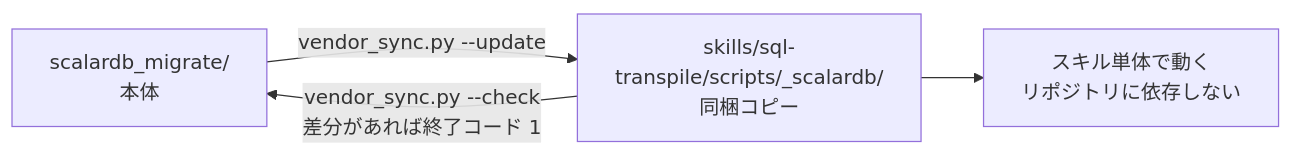
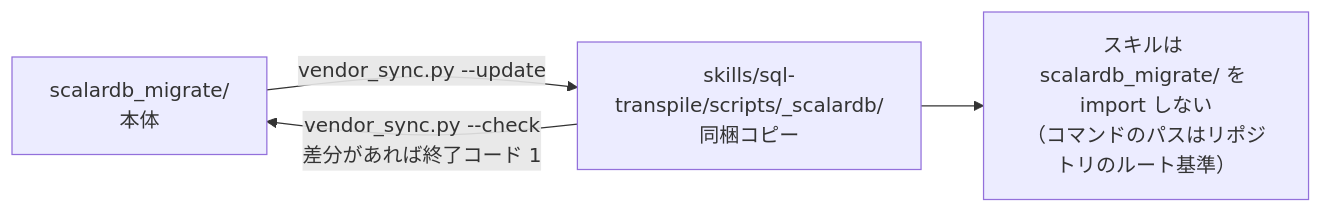
Diagram 17 of 22 in docs/architecture.md (wfukatsu/sql-migration), drawn with Mermaid before and after one commit. The commit also changed 25 other files, not shown here.

````diff
--- a/docs/architecture.md
+++ b/docs/architecture.md
@@ -596,6 +596,6 @@
 ```mermaid
 flowchart LR
     M["scalardb_migrate/<br/>本体"] -- "vendor_sync.py --update" --> C["skills/sql-transpile/scripts/_scalardb/<br/>同梱コピー"]
     C -- "vendor_sync.py --check<br/>差分があれば終了コード 1" --> M
-    C --> S["スキル単体で動く<br/>リポジトリに依存しない"]
+    C --> S["スキルは scalardb_migrate/ を import しない<br/>（コマンドのパスはリポジトリのルート基準）"]
 ```
````
